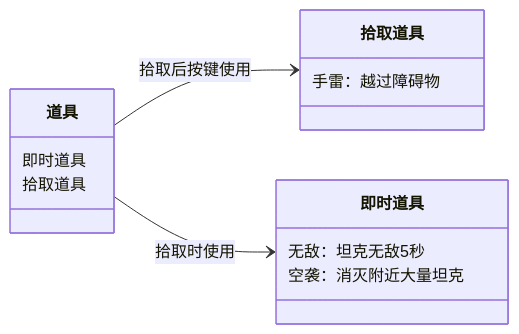
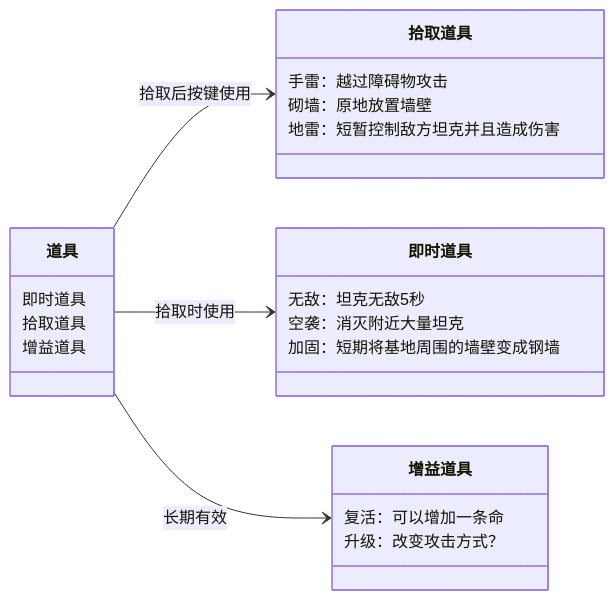
The diagram in 设计方案/道具/道具汇总.md (bjhh2005/tank_fire), drawn with Mermaid before and after one commit. The commit also changed other lines of this file and 5 other files, not shown here.

````diff
--- a/设计方案/道具/道具汇总.md
+++ b/设计方案/道具/道具汇总.md
@@ -5,21 +5,29 @@
 ```mermaid
 classDiagram
     direction LR
     class 道具 {
         即时道具
         拾取道具
+        增益道具
     }
     class 拾取道具 {
-        手雷：越过障碍物
-
+        手雷：越过障碍物攻击
+        砌墙：原地放置墙壁
+        地雷：短暂控制敌方坦克并且造成伤害
+        
     }
 
     class 即时道具 {
         无敌：坦克无敌5秒
         空袭：消灭附近大量坦克
+        加固：短期将基地周围的墙壁变成钢墙
     }
 
+    class 增益道具{
+        复活：可以增加一条命
+        升级：改变攻击方式？
+    }
     道具-->  拾取道具 : 拾取后按键使用
     道具 --> 即时道具 : 拾取时使用
-
+    道具 --> 增益道具 : 长期有效
 ```
````
